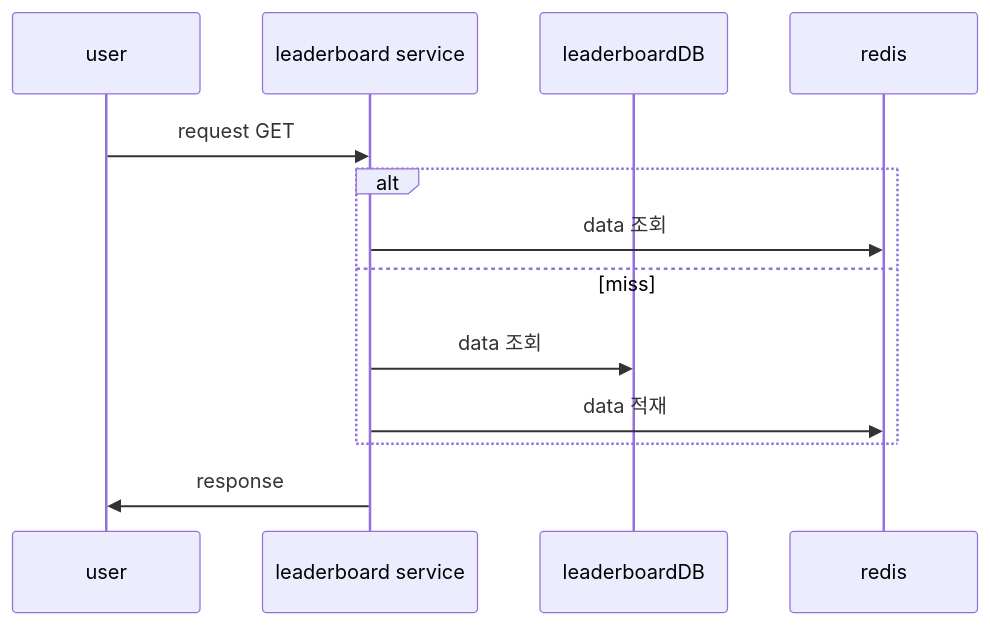
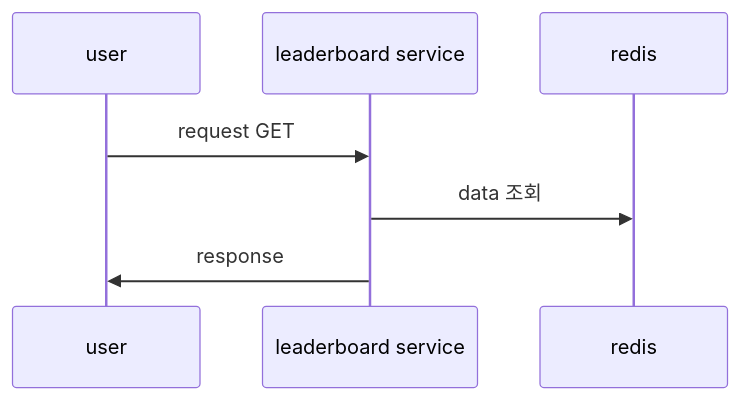
Before and after one commit to 9dev-group/study-ranking-system-bean: the second of 2 diagrams in ReadMe.md, drawn with Mermaid. The commit also changed other lines of this file and 1 other file, not shown here.

````diff
--- a/ReadMe.md
+++ b/ReadMe.md
@@ -72,16 +122,10 @@
 ```mermaid
 sequenceDiagram
   participant user
   participant leaderboard service
-  participant leaderboardDB
   participant redis
   
   user ->> leaderboard service: request GET
-  alt
-    leaderboard service ->> redis: data 조회
-  else miss
-    leaderboard service ->> leaderboardDB: data 조회
-    leaderboard service ->> redis: data 적재
-  end
+  leaderboard service ->> redis: data 조회
   leaderboard service ->> user: response
 ```
````
